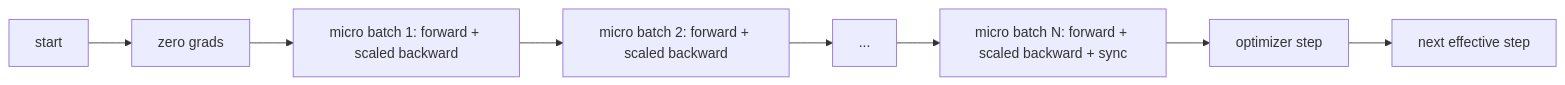
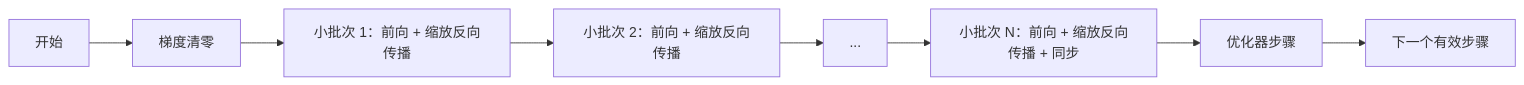
One commit to guangningsun/ailearning changed the first of 2 diagrams in lessons/19-capstone-projects/46-gradient-accumulation/docs/zh.md. Above: the diagram before and after it, drawn with Mermaid. The commit also changed other lines of this file and 85 other files, not shown here.

````diff
--- a/lessons/19-capstone-projects/46-gradient-accumulation/docs/zh.md
+++ b/lessons/19-capstone-projects/46-gradient-accumulation/docs/zh.md
@@ -25,10 +25,10 @@
 ```mermaid
 flowchart LR
-  start[start] --> zero[zero grads]
-  zero --> mb1[micro batch 1: forward + scaled backward]
-  mb1 --> mb2[micro batch 2: forward + scaled backward]
-  mb2 --> dots[...]
-  dots --> mbN[micro batch N: forward + scaled backward + sync]
-  mbN --> step[optimizer step]
-  step --> next[next effective step]
+  start["开始"] --> zero["梯度清零"]
+  zero --> mb1["小批次 1：前向 + 缩放反向传播"]
+  mb1 --> mb2["小批次 2：前向 + 缩放反向传播"]
+  mb2 --> dots["..."]
+  dots --> mbN["小批次 N：前向 + 缩放反向传播 + 同步"]
+  mbN --> step["优化器步骤"]
+  step --> next["下一个有效步骤"]
 ```
````
